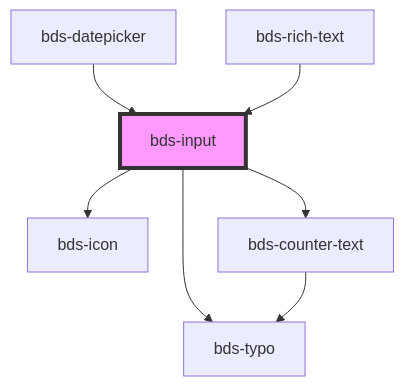
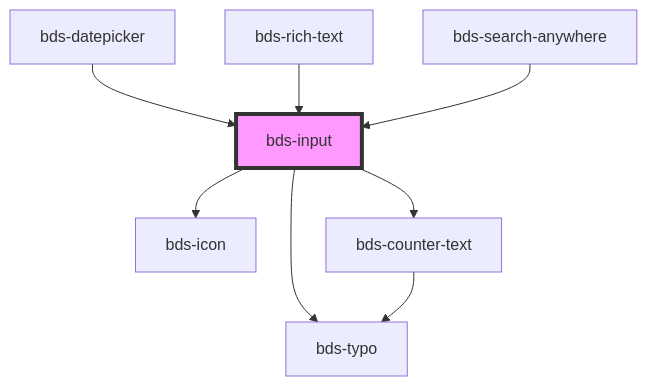
Before and after one commit to takenet/blip-ds: the diagram in src/components/input/readme.md, drawn with Mermaid. The commit also changed other lines of this file and 10 other files, not shown here.

First line of the commit message:
feat: Add search-anywhere component with tests

````diff
--- a/src/components/input/readme.md
+++ b/src/components/input/readme.md
@@ -143,10 +144,11 @@
 ```mermaid
 graph TD;
   bds-input --> bds-icon
   bds-input --> bds-typo
   bds-input --> bds-counter-text
   bds-counter-text --> bds-typo
   bds-datepicker --> bds-input
   bds-rich-text --> bds-input
+  bds-search-anywhere --> bds-input
   style bds-input fill:#f9f,stroke:#333,stroke-width:4px
 ```
````
